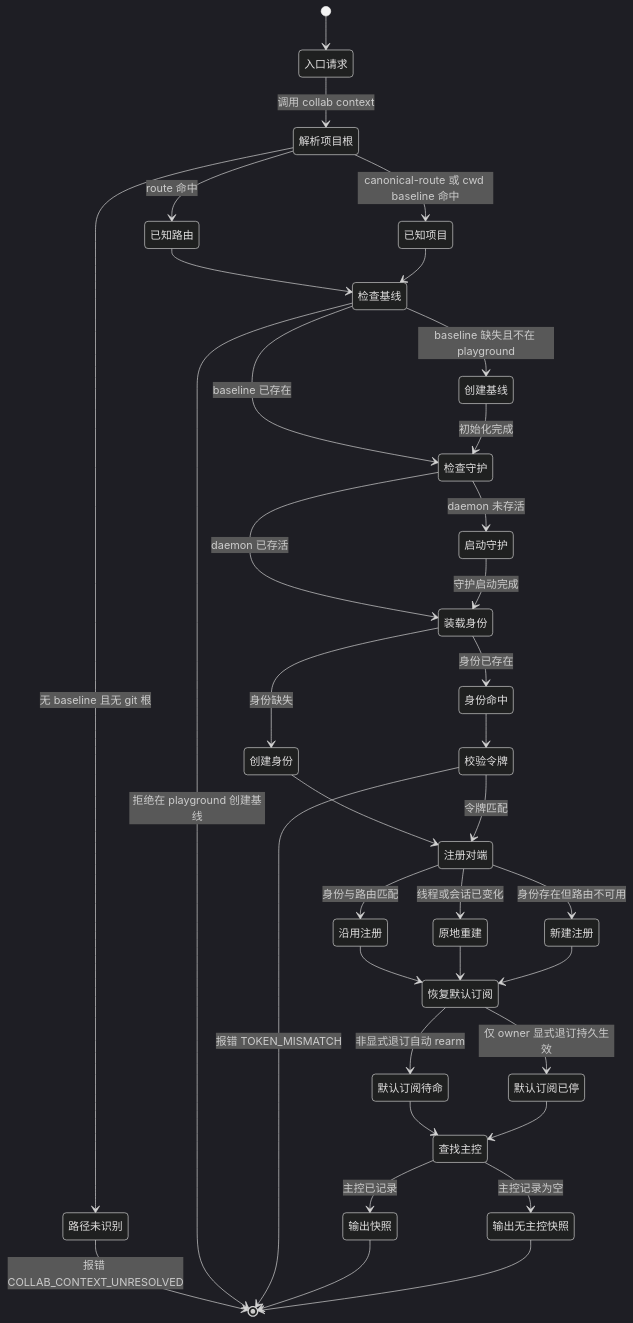
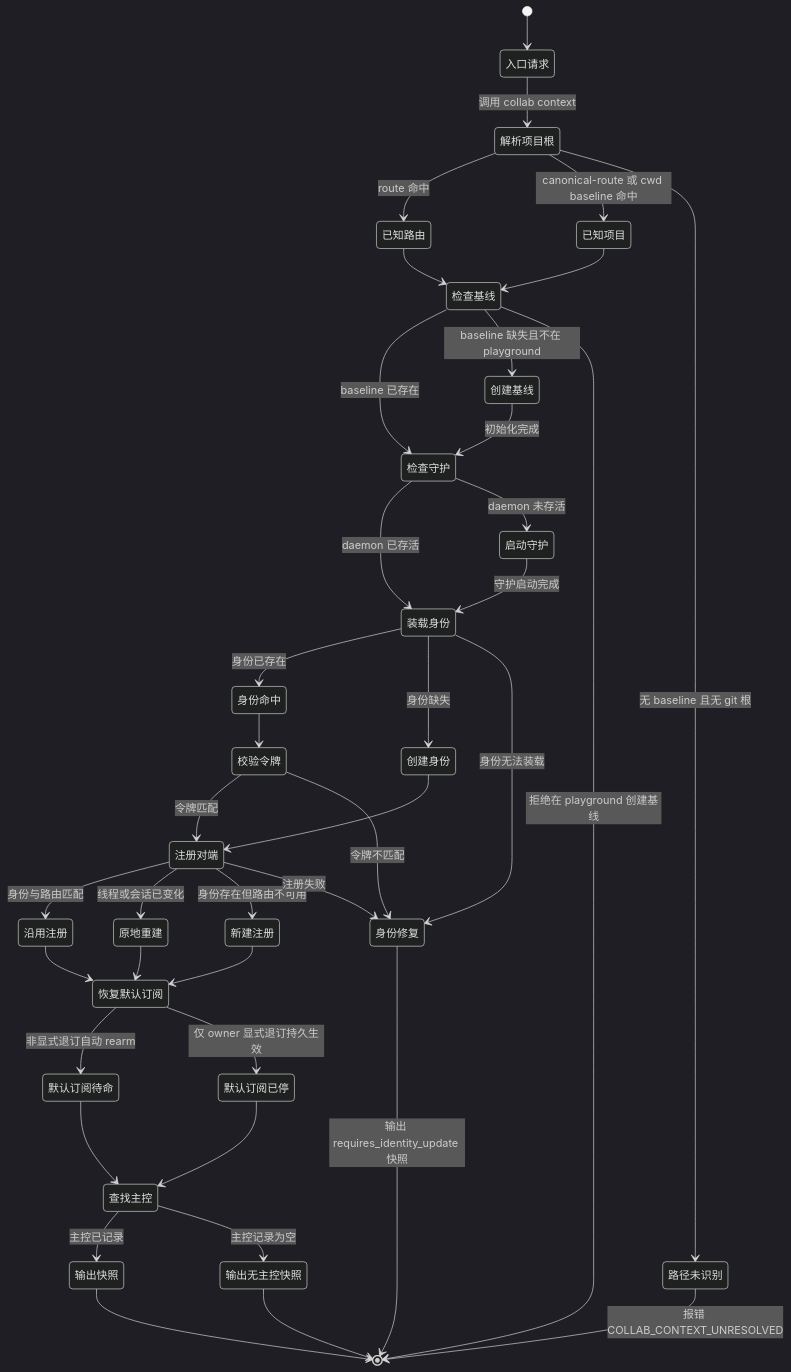
The first of 2 diagrams in docs/collab-context-state-machine.md (Jasonzhangf/appsdk), drawn with Mermaid (dark theme) before and after one commit. The commit also changed other lines of this file and 6 other files, not shown here.

````diff
--- a/docs/collab-context-state-machine.md
+++ b/docs/collab-context-state-machine.md
@@ -50,38 +59,41 @@
 ```mermaid
 stateDiagram-v2
     [*] --> 入口请求
     入口请求 --> 解析项目根 : 调用 collab context
     解析项目根 --> 已知路由 : route 命中
     解析项目根 --> 已知项目 : canonical-route 或 cwd baseline 命中
     解析项目根 --> 路径未识别 : 无 baseline 且无 git 根
     路径未识别 --> [*] : 报错 COLLAB_CONTEXT_UNRESOLVED
     已知路由 --> 检查基线
     已知项目 --> 检查基线
     检查基线 --> 检查守护 : baseline 已存在
     检查基线 --> 创建基线 : baseline 缺失且不在 playground
     创建基线 --> 检查守护 : 初始化完成
     检查基线 --> [*] : 拒绝在 playground 创建基线
     检查守护 --> 装载身份 : daemon 已存活
     检查守护 --> 启动守护 : daemon 未存活
     启动守护 --> 装载身份 : 守护启动完成
     装载身份 --> 身份命中 : 身份已存在
     装载身份 --> 创建身份 : 身份缺失
+    装载身份 --> 身份修复 : 身份无法装载
     创建身份 --> 注册对端
     身份命中 --> 校验令牌
     校验令牌 --> 注册对端 : 令牌匹配
-    校验令牌 --> [*] : 报错 TOKEN_MISMATCH
+    校验令牌 --> 身份修复 : 令牌不匹配
     注册对端 --> 沿用注册 : 身份与路由匹配
     注册对端 --> 原地重建 : 线程或会话已变化
     注册对端 --> 新建注册 : 身份存在但路由不可用
+    注册对端 --> 身份修复 : 注册失败
     沿用注册 --> 恢复默认订阅
     原地重建 --> 恢复默认订阅
     新建注册 --> 恢复默认订阅
     恢复默认订阅 --> 默认订阅待命 : 非显式退订自动 rearm
     恢复默认订阅 --> 默认订阅已停 : 仅 owner 显式退订持久生效
     默认订阅待命 --> 查找主控
     默认订阅已停 --> 查找主控
     查找主控 --> 输出快照 : 主控已记录
     查找主控 --> 输出无主控快照 : 主控记录为空
     输出快照 --> [*]
     输出无主控快照 --> [*]
+    身份修复 --> [*] : 输出 requires_identity_update 快照
 ```
````
